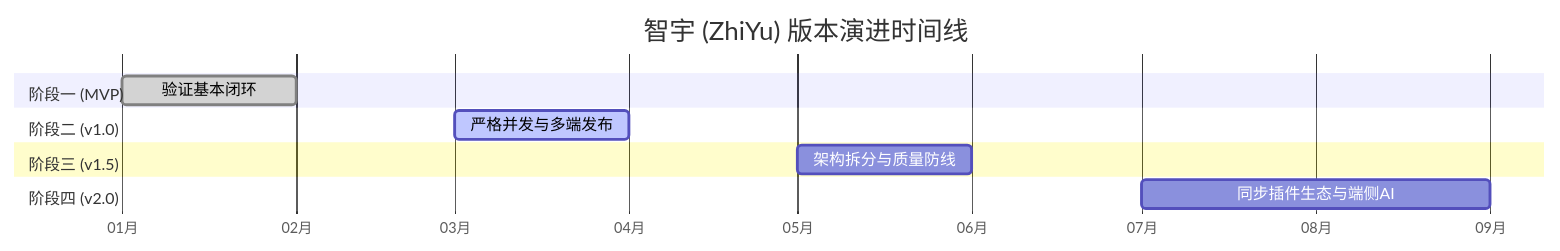
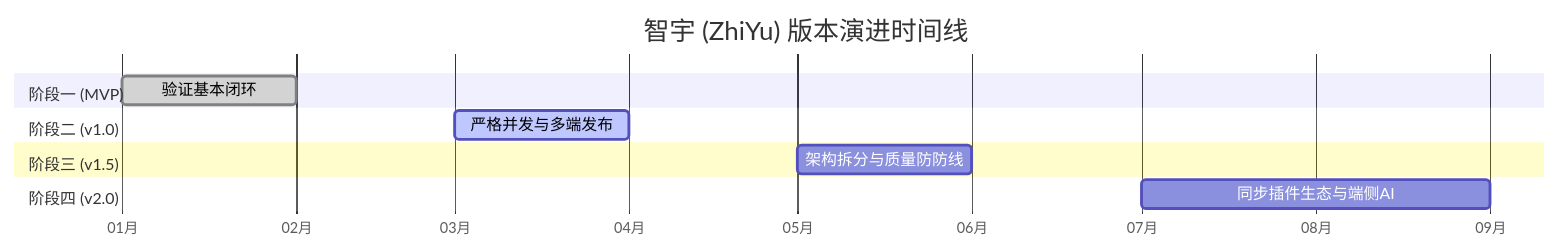
Before and after one commit to wangchong2023/zhiyu: the diagram in Docs/ROADMAP.md, drawn with Mermaid. The commit also changed other lines of this file and 47 other files, not shown here.

````diff
--- a/Docs/ROADMAP.md
+++ b/Docs/ROADMAP.md
@@ -7,14 +7,14 @@
 ```mermaid
 gantt
     title 智宇 (ZhiYu) 版本演进时间线
     dateFormat  YYYY-MM
     axisFormat  %m月
     section 阶段一 (MVP)
     验证基本闭环           :done, a1, 2026-01, 2026-02
     section 阶段二 (v1.0)
     严格并发与多端发布      :active, a2, 2026-03, 2026-04
     section 阶段三 (v1.5)
-    架构拆分与质量防线      :a3, 2026-05, 2026-06
+    架构拆分与质量防防线    :a3, 2026-05, 2026-06
     section 阶段四 (v2.0)
     同步插件生态与端侧AI     :a4, 2026-07, 2026-09
 ```
````
